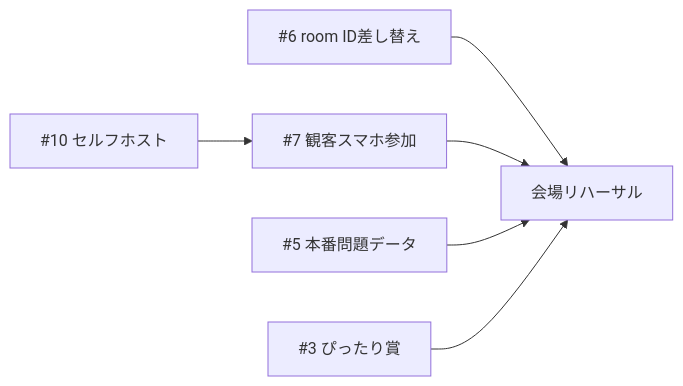
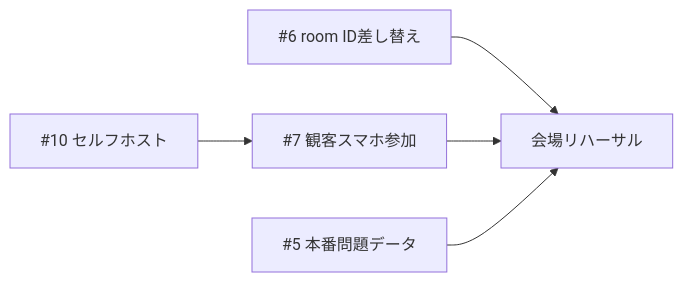
One commit to suzuka-kosen-festa/snctfes2026-suzuleague changed the diagram in docs/status.md. Above: the diagram before and after it, drawn with Mermaid. The commit also changed other lines of this file and 4 other files, not shown here.

````diff
--- a/docs/status.md
+++ b/docs/status.md
@@ -78,8 +82,7 @@
 ```mermaid
 flowchart LR
     i10["#10 セルフホスト"] --> i7["#7 観客スマホ参加"]
     i6["#6 room ID差し替え"] --> reh["会場リハーサル"]
     i7 --> reh
     i5["#5 本番問題データ"] --> reh
-    i3["#3 ぴったり賞"] --> reh
 ```
````
